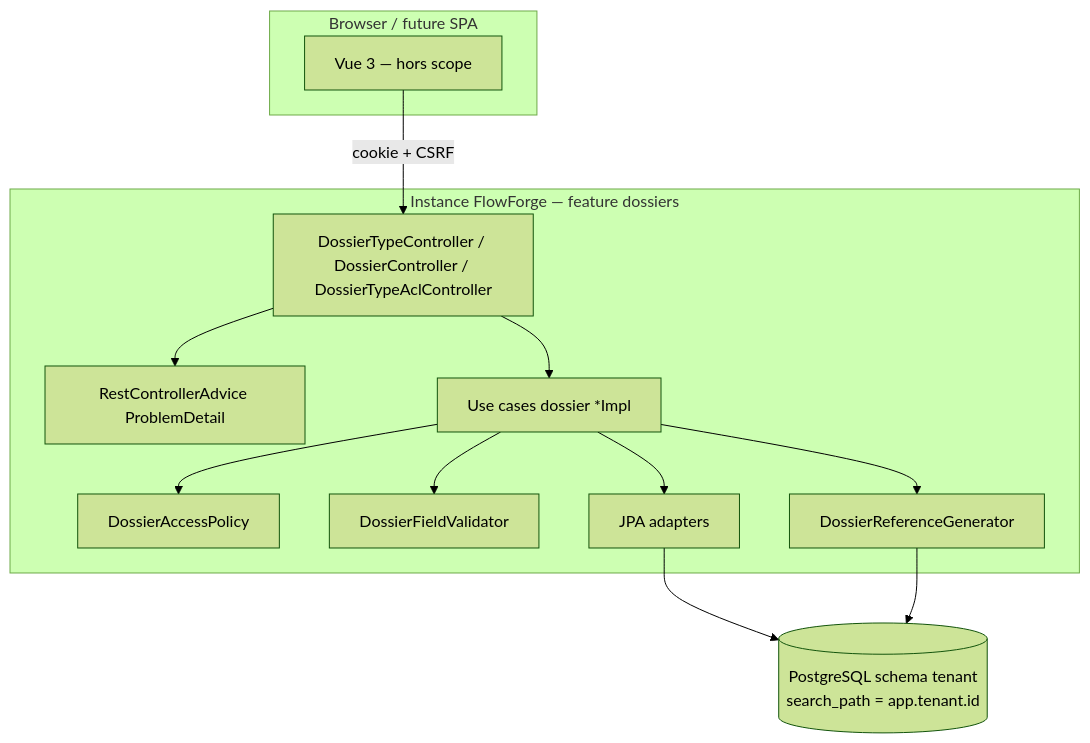
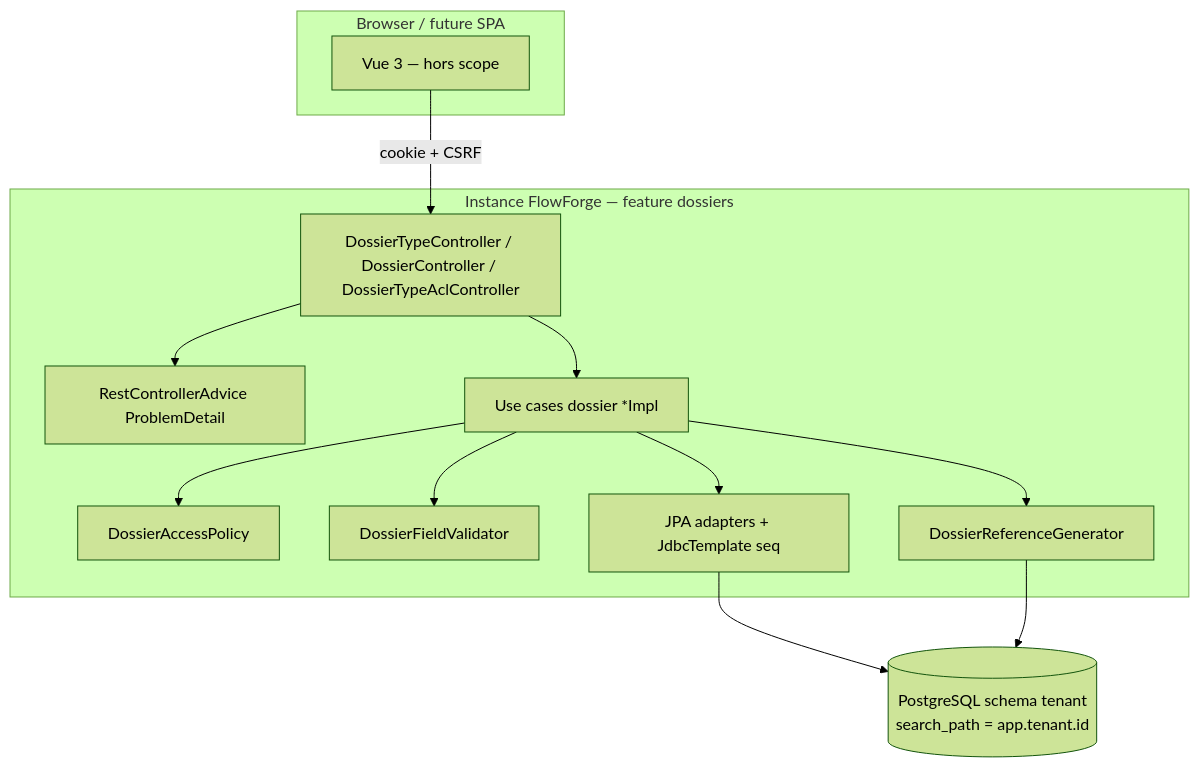
Before and after one commit to superjojo79/Myrmacta: the first of 3 diagrams in docs/ai/design/2026-07-31-feature-dossiers.md, drawn with Mermaid (forest theme). The commit also changed other lines of this file and 1 other file, not shown here.

````diff
--- a/docs/ai/design/2026-07-31-feature-dossiers.md
+++ b/docs/ai/design/2026-07-31-feature-dossiers.md
@@ -19,27 +19,27 @@
 ```mermaid
 flowchart TB
   subgraph browser["Browser / future SPA"]
     SPA[Vue 3 — hors scope]
   end
 
   subgraph app["Instance FlowForge — feature dossiers"]
     CTRL[DossierTypeController / DossierController / DossierTypeAclController]
     ADV[RestControllerAdvice ProblemDetail]
     UC[Use cases dossier *Impl]
     POL[DossierAccessPolicy]
     VAL[DossierFieldValidator]
     REF[DossierReferenceGenerator]
-    ADAPT[JPA adapters]
+    ADAPT[JPA adapters + JdbcTemplate seq]
     CTRL --> UC
     CTRL --> ADV
     UC --> POL
     UC --> VAL
     UC --> REF
     UC --> ADAPT
   end
 
   DB[(PostgreSQL schema tenant<br/>search_path = app.tenant.id)]
   SPA -->|cookie + CSRF| CTRL
   ADAPT --> DB
   REF --> DB
 ```
````
